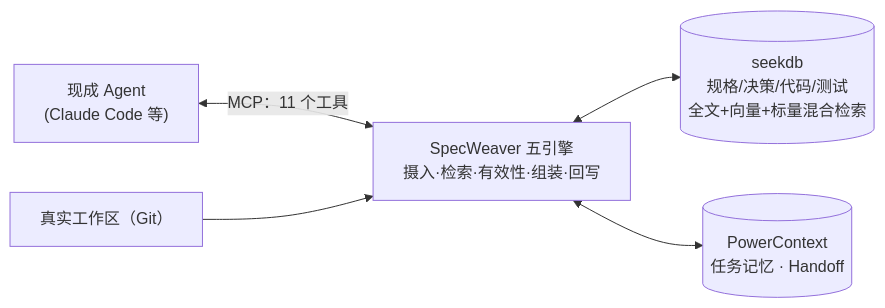
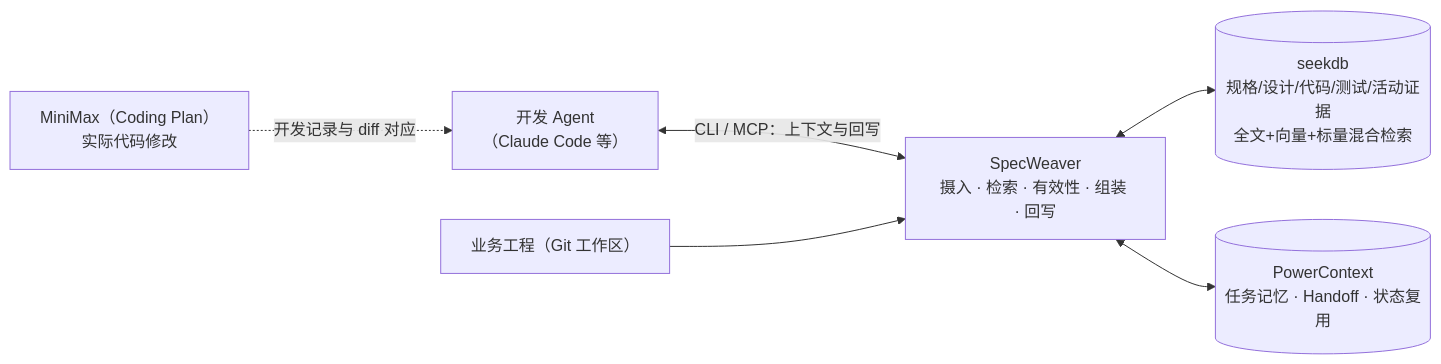
One commit to simpur-dev/SDD changed the diagram in docs/04-一页技术说明.md. Above: the diagram before and after it, drawn with Mermaid. The commit also changed other lines of this file and 6 other files, not shown here.

````diff
--- a/docs/04-一页技术说明.md
+++ b/docs/04-一页技术说明.md
@@ -14,7 +14,8 @@
 ```mermaid
 flowchart LR
-    A["现成 Agent<br/>(Claude Code 等)"] <-- "MCP：11 个工具" --> SW["SpecWeaver 五引擎<br/>摄入·检索·有效性·组装·回写"]
-    SW <--> S[("seekdb<br/>规格/决策/代码/测试<br/>全文+向量+标量混合检索")]
-    SW <--> P[("PowerContext<br/>任务记忆 · Handoff")]
-    W["真实工作区（Git）"] --> SW
+    A["开发 Agent<br/>（Claude Code 等）"] <-- "CLI / MCP：上下文与回写" --> SW["SpecWeaver<br/>摄入 · 检索 · 有效性 · 组装 · 回写"]
+    SW <--> S[("seekdb<br/>规格/设计/代码/测试/活动证据<br/>全文+向量+标量混合检索")]
+    SW <--> P[("PowerContext<br/>任务记忆 · Handoff · 状态复用")]
+    W["业务工程（Git 工作区）"] --> SW
+    M["MiniMax（Coding Plan）<br/>实际代码修改"] -.->|"开发记录与 diff 对应"| A
 ```
````
